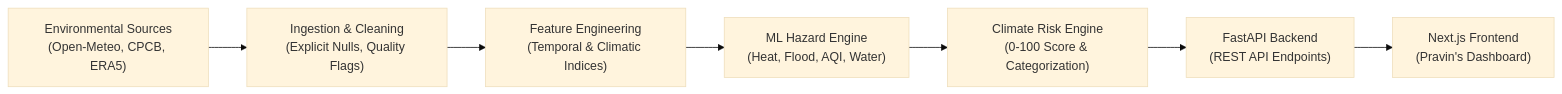
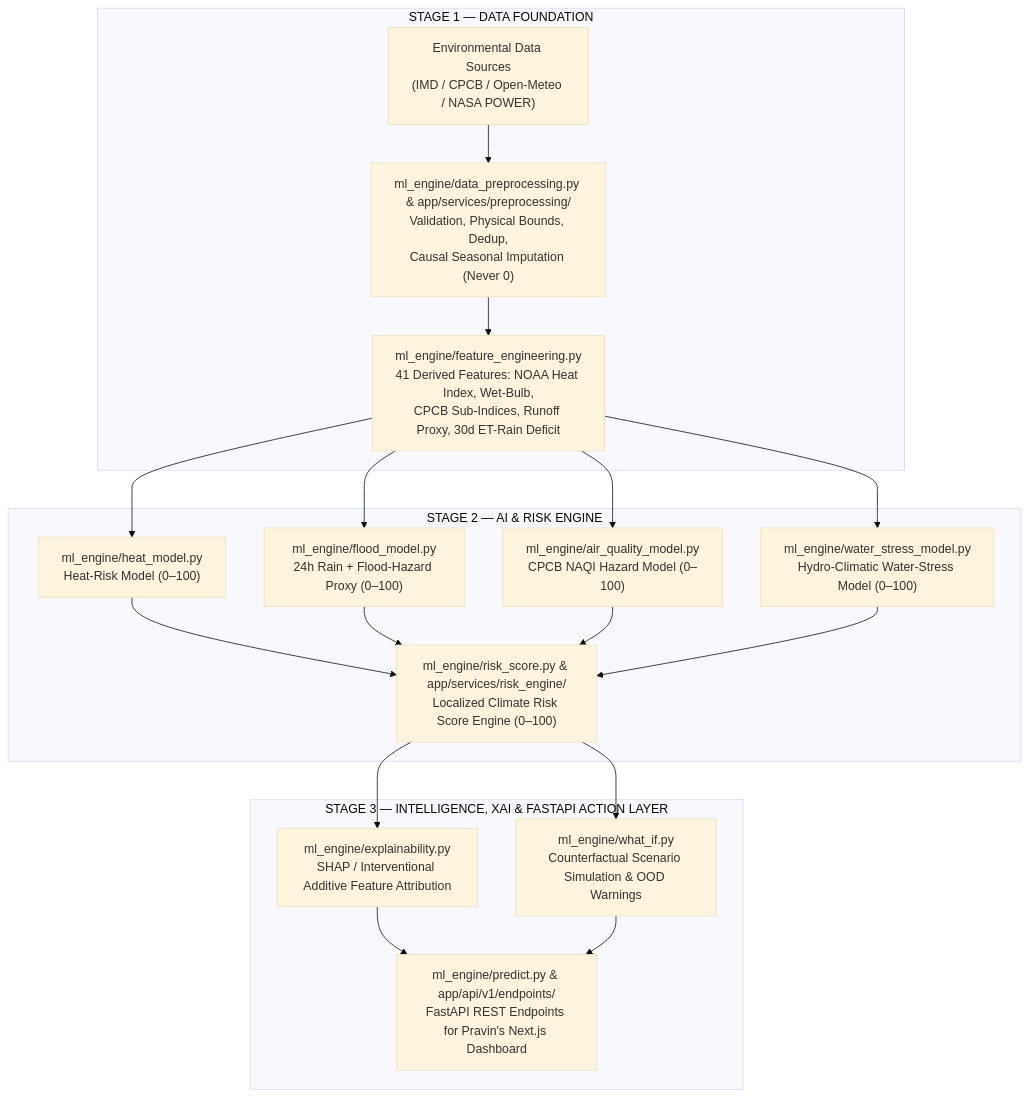
One commit to mayur-8631/climate_ai_backend changed the diagram in README.md. Above: the diagram before and after it, drawn with Mermaid (base theme). The commit also changed other lines of this file and 54 other files, not shown here.

Commit message:
feat(ml_engine): merge complete ClimateTwin AI ML Intelligence Engine, XAI, What-If simulation, evaluation & tests

````diff
--- a/README.md
+++ b/README.md
@@ -20,9 +19,21 @@
 ```mermaid
-flowchart LR
-    A["Environmental Sources\n(Open-Meteo, CPCB, ERA5)"] --> B["Ingestion & Cleaning\n(Explicit Nulls, Quality Flags)"]
-    B --> C["Feature Engineering\n(Temporal & Climatic Indices)"]
-    C --> D["ML Hazard Engine\n(Heat, Flood, AQI, Water)"]
-    D --> E["Climate Risk Engine\n(0-100 Score & Categorization)"]
-    E --> F["FastAPI Backend\n(REST API Endpoints)"]
-    F --> G["Next.js Frontend\n(Pravin's Dashboard)"]
+flowchart TD
+    subgraph STAGE1["STAGE 1 — DATA FOUNDATION"]
+        A["Environmental Data Sources<br/>(IMD / CPCB / Open-Meteo / NASA POWER)"] --> B["ml_engine/data_preprocessing.py & app/services/preprocessing/<br/>Validation, Physical Bounds, Dedup,<br/>Causal Seasonal Imputation (Never 0)"]
+        B --> C["ml_engine/feature_engineering.py<br/>41 Derived Features: NOAA Heat Index, Wet-Bulb,<br/>CPCB Sub-Indices, Runoff Proxy, 30d ET-Rain Deficit"]
+    end
+
+    subgraph STAGE2["STAGE 2 — AI & RISK ENGINE"]
+        C --> D1["ml_engine/heat_model.py<br/>Heat-Risk Model (0–100)"]
+        C --> D2["ml_engine/flood_model.py<br/>24h Rain + Flood-Hazard Proxy (0–100)"]
+        C --> D3["ml_engine/air_quality_model.py<br/>CPCB NAQI Hazard Model (0–100)"]
+        C --> D4["ml_engine/water_stress_model.py<br/>Hydro-Climatic Water-Stress Model (0–100)"]
+        D1 & D2 & D3 & D4 --> E["ml_engine/risk_score.py & app/services/risk_engine/<br/>Localized Climate Risk Score Engine (0–100)"]
+    end
+
+    subgraph STAGE3["STAGE 3 — INTELLIGENCE, XAI & FASTAPI ACTION LAYER"]
+        E --> F1["ml_engine/explainability.py<br/>SHAP / Interventional Additive Feature Attribution"]
+        E --> F2["ml_engine/what_if.py<br/>Counterfactual Scenario Simulation & OOD Warnings"]
+        F1 & F2 --> G["ml_engine/predict.py & app/api/v1/endpoints/<br/>FastAPI REST Endpoints for Pravin's Next.js Dashboard"]
+    end
 ```
````
